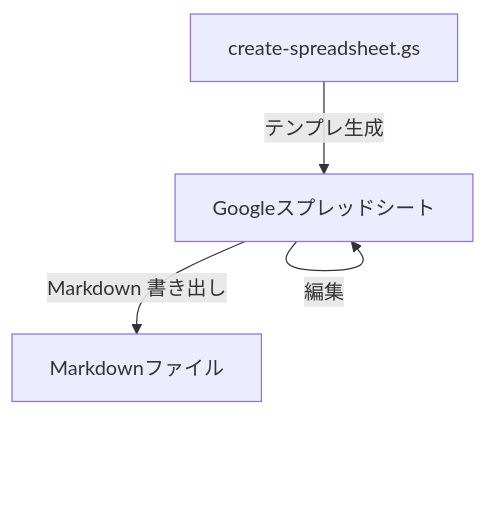
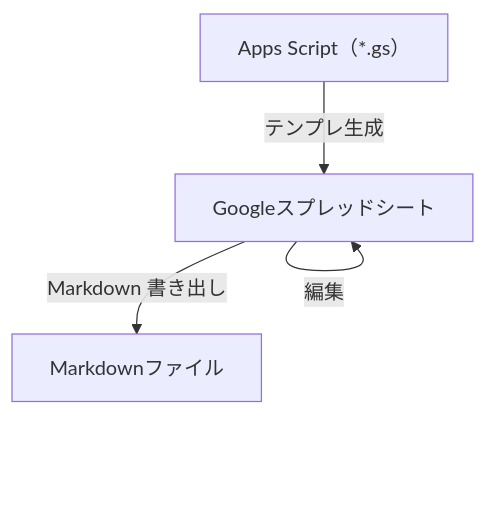
The diagram in README.md (okhiroyuki/requirements-spec-template), drawn with Mermaid before and after one commit. The commit also changed other lines of this file and 18 other files, not shown here.

````diff
--- a/README.md
+++ b/README.md
@@ -11,9 +11,9 @@
 ```mermaid
 flowchart TB
-  script["create-spreadsheet.gs"]
+  script["Apps Script（*.gs）"]
   book["Googleスプレッドシート"]
   md["Markdownファイル"]
   script -->|"テンプレ生成"| book
   book -->|"編集"| book
   book -->|"Markdown 書き出し"| md
 ```
````
